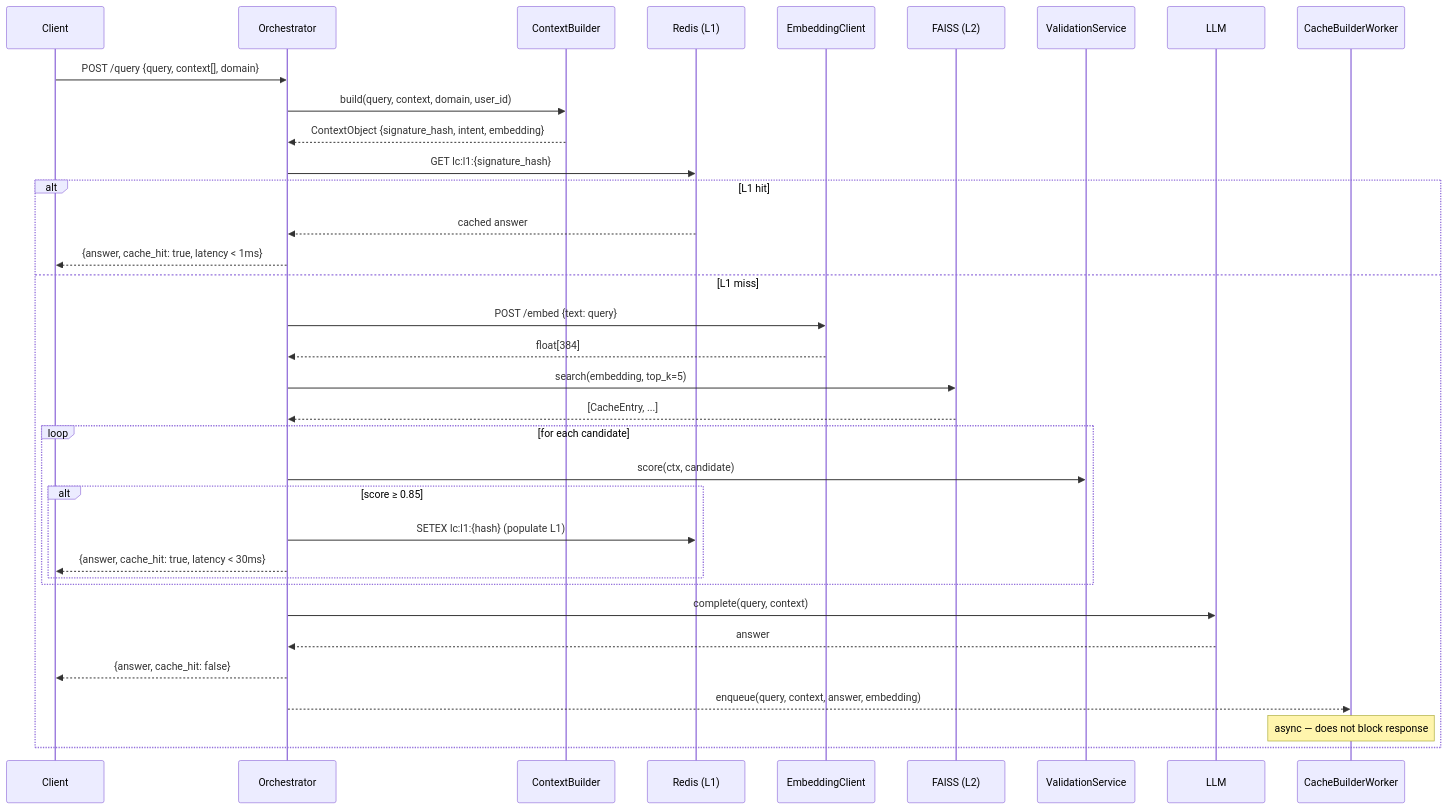
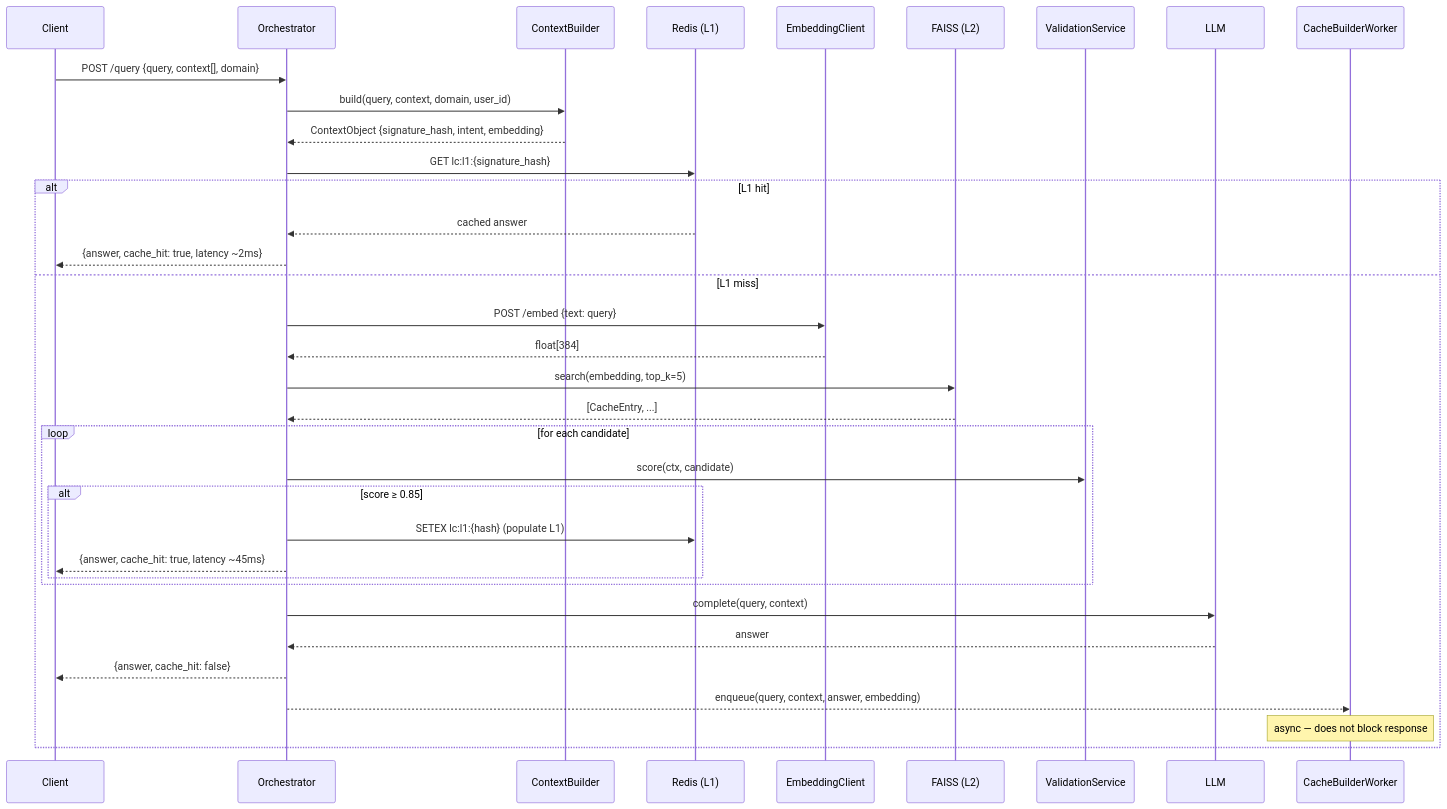
One commit to Ciphercrypt/LettuceCache changed the diagram in docs/how-it-works/overview.md. Above: the diagram before and after it, drawn with Mermaid. The commit also changed other lines of this file and 3 other files, not shown here.

````diff
--- a/docs/how-it-works/overview.md
+++ b/docs/how-it-works/overview.md
@@ -7,38 +7,38 @@
 ```mermaid
 sequenceDiagram
     participant C as Client
     participant O as Orchestrator
     participant CB as ContextBuilder
     participant R as Redis (L1)
     participant E as EmbeddingClient
     participant F as FAISS (L2)
     participant V as ValidationService
     participant L as LLM
     participant B as CacheBuilderWorker
 
     C->>O: POST /query {query, context[], domain}
     O->>CB: build(query, context, domain, user_id)
     CB-->>O: ContextObject {signature_hash, intent, embedding}
     O->>R: GET lc:l1:{signature_hash}
     alt L1 hit
         R-->>O: cached answer
-        O-->>C: {answer, cache_hit: true, latency < 1ms}
+        O-->>C: {answer, cache_hit: true, latency ~2ms}
     else L1 miss
         O->>E: POST /embed {text: query}
         E-->>O: float[384]
         O->>F: search(embedding, top_k=5)
         F-->>O: [CacheEntry, ...]
         loop for each candidate
             O->>V: score(ctx, candidate)
             alt score ≥ 0.85
                 O->>R: SETEX lc:l1:{hash} (populate L1)
-                O-->>C: {answer, cache_hit: true, latency < 30ms}
+                O-->>C: {answer, cache_hit: true, latency ~45ms}
             end
         end
         O->>L: complete(query, context)
         L-->>O: answer
         O-->>C: {answer, cache_hit: false}
         O-->>B: enqueue(query, context, answer, embedding)
         Note over B: async — does not block response
     end
 ```
````
